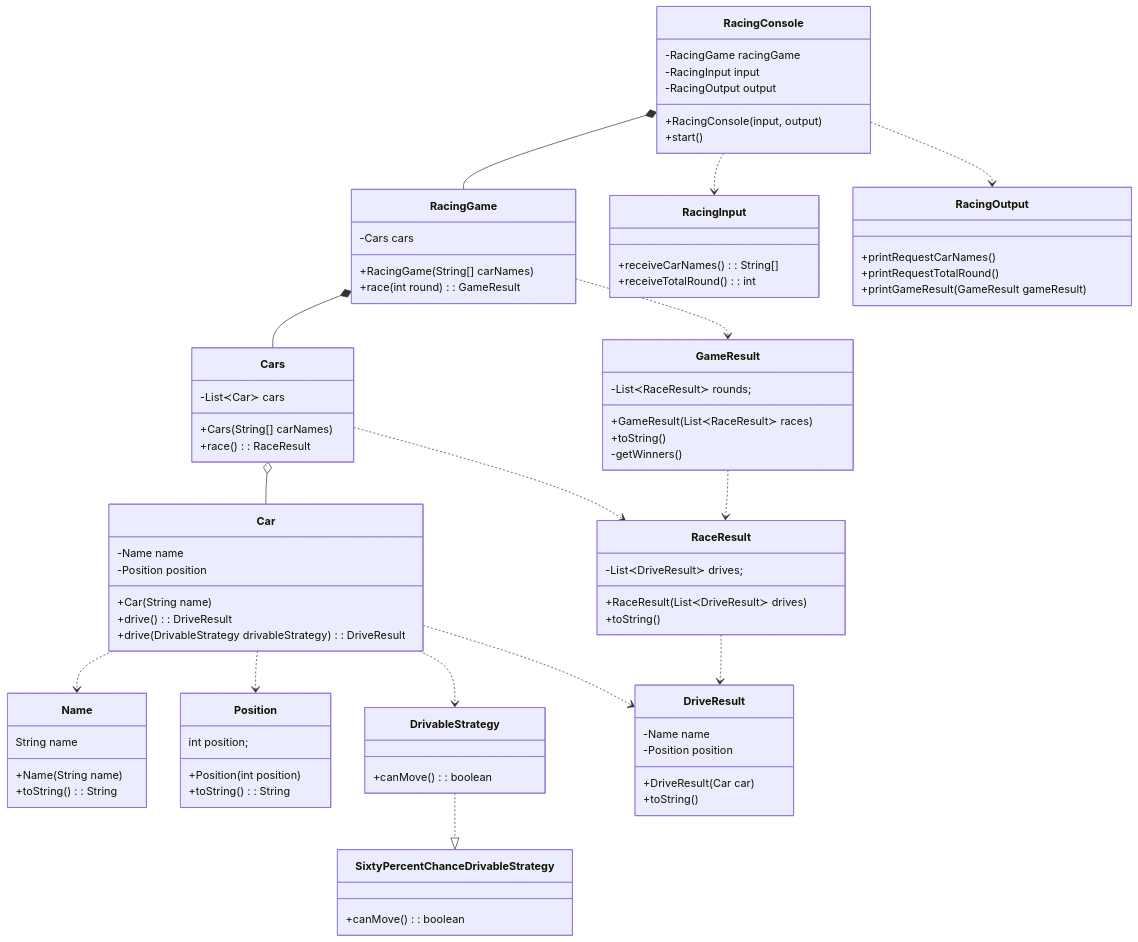
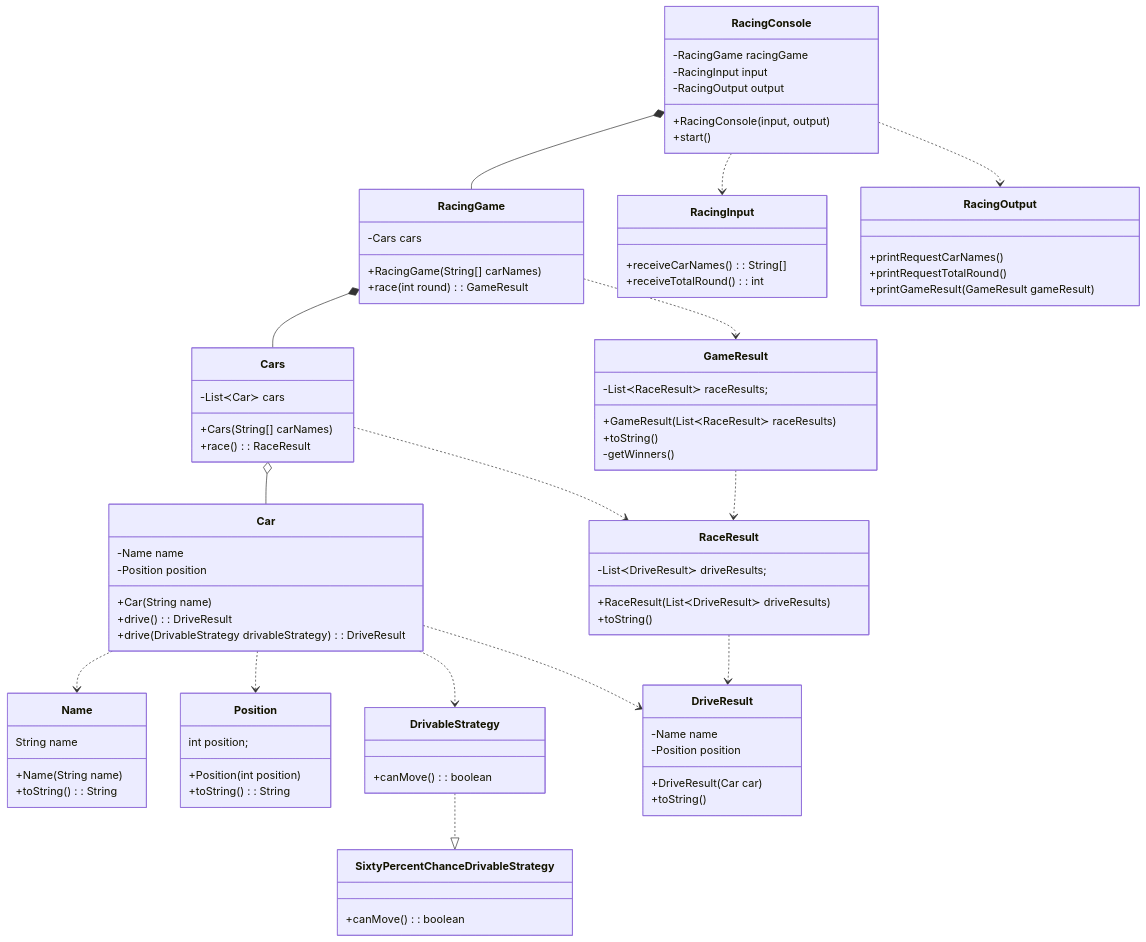
One commit to next-step/java-racingcar-playground changed the diagram in README.md. Above: the diagram before and after it, drawn with Mermaid. The commit also changed other lines of this file and 6 other files, not shown here.

```diff
--- a/README.md
+++ b/README.md
@@ -72,9 +72,9 @@
     RacingGame ..> GameResult
 
     class GameResult {
-        -List≺RaceResult≻ rounds;
+        -List≺RaceResult≻ raceResults;
 
-        +GameResult(List≺RaceResult≻ races)
+        +GameResult(List≺RaceResult≻ raceResults)
         +toString()
         -getWinners()
     }
@@ -83,9 +83,9 @@
     Cars ..> RaceResult
 
     class RaceResult {
-        -List≺DriveResult≻ drives;
+        -List≺DriveResult≻ driveResults;
 
-        +RaceResult(List≺DriveResult≻ drives)
+        +RaceResult(List≺DriveResult≻ driveResults)
         +toString()
     }
 
```
